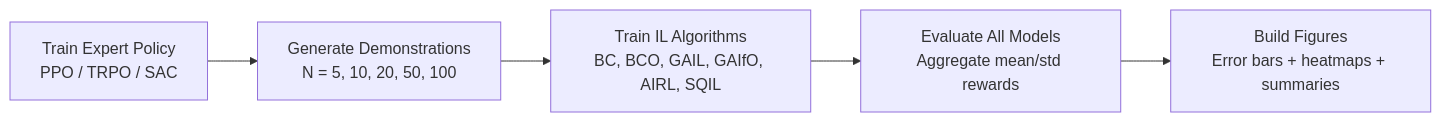
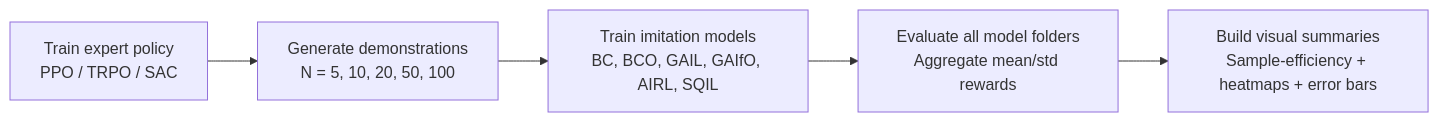
The diagram in README.md (AntonioLDM17/Imitation-Learning-Analysis-and-Comparison), drawn with Mermaid before and after one commit. The commit also changed other lines of this file, not shown here.

````diff
--- a/README.md
+++ b/README.md
@@ -79,7 +92,7 @@
 ```mermaid
 flowchart LR
-    A[Train Expert Policy\nPPO / TRPO / SAC] --> B[Generate Demonstrations\nN = 5, 10, 20, 50, 100]
-    B --> C[Train IL Algorithms\nBC, BCO, GAIL, GAIfO, AIRL, SQIL]
-    C --> D[Evaluate All Models\nAggregate mean/std rewards]
-    D --> E[Build Figures\nError bars + heatmaps + summaries]
+    A[Train expert policy\nPPO / TRPO / SAC] --> B[Generate demonstrations\nN = 5, 10, 20, 50, 100]
+    B --> C[Train imitation models\nBC, BCO, GAIL, GAIfO, AIRL, SQIL]
+    C --> D[Evaluate all model folders\nAggregate mean/std rewards]
+    D --> E[Build visual summaries\nSample-efficiency + heatmaps + error bars]
 ```
````
